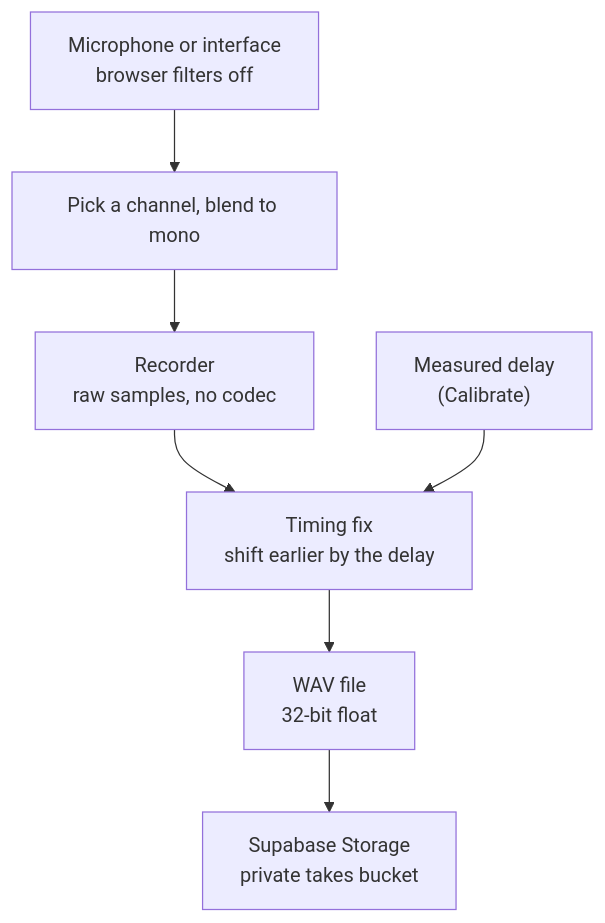
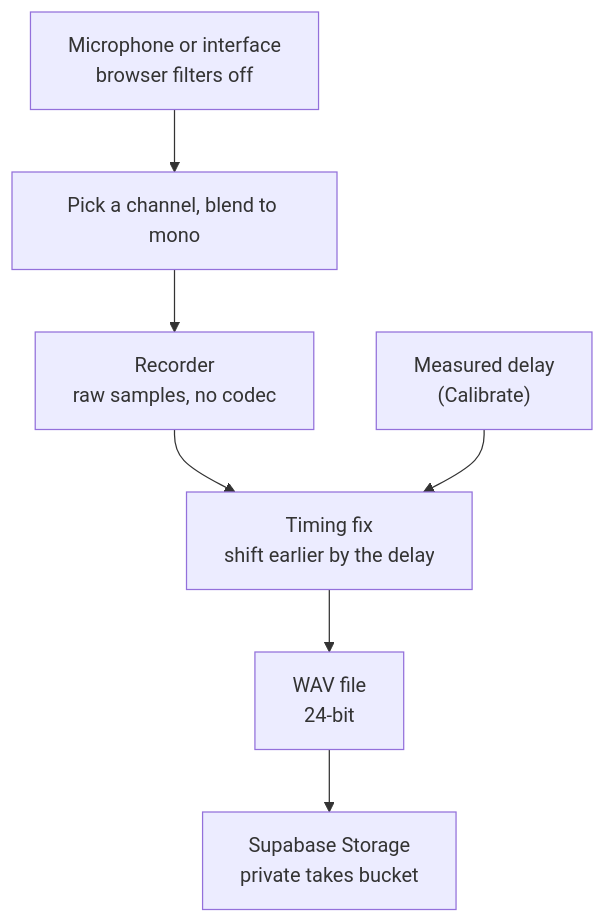
Before and after one commit to y-by/play-your-line: the sixth of 6 diagrams in docs/ARCHITECTURE.md, drawn with Mermaid. The commit also changed other lines of this file and 8 other files, not shown here.

````diff
--- a/docs/ARCHITECTURE.md
+++ b/docs/ARCHITECTURE.md
@@ -288,9 +288,9 @@
 ```mermaid
 flowchart TD
   mic["Microphone or interface<br/>browser filters off"] --> pick["Pick a channel, blend to mono"]
   pick --> rec["Recorder<br/>raw samples, no codec"]
   rec --> fix["Timing fix<br/>shift earlier by the delay"]
   delay["Measured delay<br/>(Calibrate)"] --> fix
-  fix --> wav["WAV file<br/>32-bit float"]
+  fix --> wav["WAV file<br/>24-bit"]
   wav --> cloud["Supabase Storage<br/>private takes bucket"]
 ```
````
